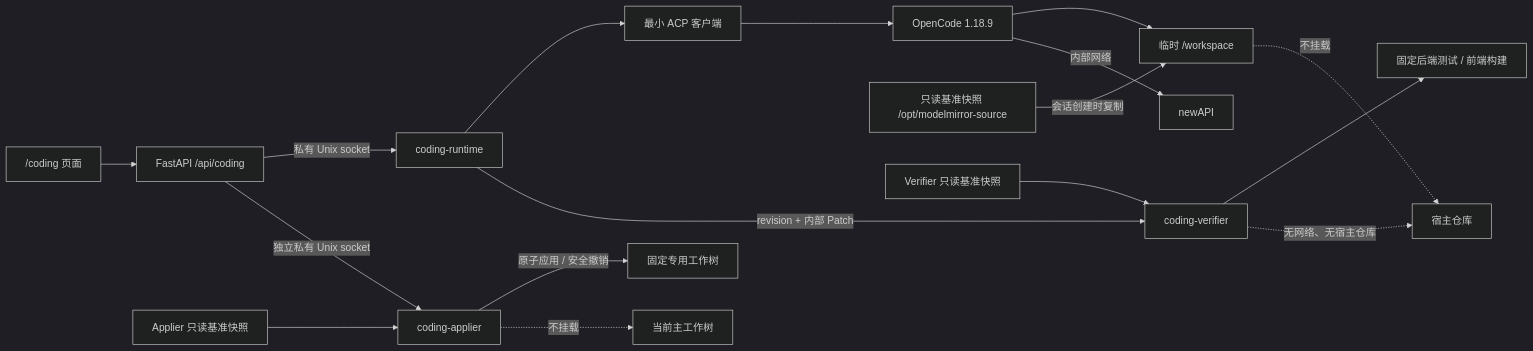
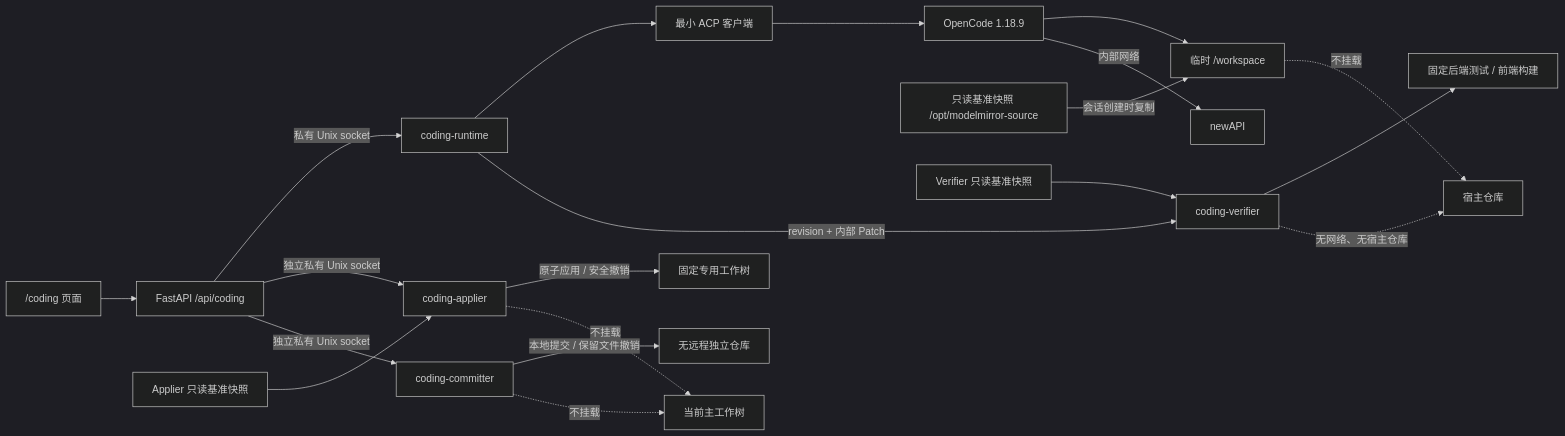
One commit to PinkElf-Elysia/ModelMirror changed the diagram in docs/CODING_AGENT_INTEGRATION.md. Above: the diagram before and after it, drawn with Mermaid (dark theme). The commit also changed other lines of this file and 4 other files, not shown here.

Commit message:
docs: 完成 Coding 本地提交 harness

````diff
--- a/docs/CODING_AGENT_INTEGRATION.md
+++ b/docs/CODING_AGENT_INTEGRATION.md
@@ -45,19 +51,22 @@
 ```mermaid
 flowchart LR
   UI["/coding 页面"] --> API["FastAPI /api/coding"]
   API -->|"私有 Unix socket"| WORKER["coding-runtime"]
   WORKER --> ACP["最小 ACP 客户端"]
   ACP --> OC["OpenCode 1.18.9"]
   SOURCE["只读基准快照 /opt/modelmirror-source"] -->|"会话创建时复制"| WORK["临时 /workspace"]
   OC --> WORK
   OC -->|"内部网络"| GW["newAPI"]
   WORKER -->|"revision + 内部 Patch"| VERIFY["coding-verifier"]
   SOURCE2["Verifier 只读基准快照"] --> VERIFY
   VERIFY --> CHECKS["固定后端测试 / 前端构建"]
   API -->|"独立私有 Unix socket"| APPLY["coding-applier"]
   SOURCE3["Applier 只读基准快照"] --> APPLY
   APPLY -->|"原子应用 / 安全撤销"| TARGET["固定专用工作树"]
+  API -->|"独立私有 Unix socket"| COMMIT["coding-committer"]
+  COMMIT -->|"本地提交 / 保留文件撤销"| REPO["无远程独立仓库"]
   VERIFY -. "无网络、无宿主仓库" .-> HOST["宿主仓库"]
   WORK -. "不挂载" .-> HOST["宿主仓库"]
   APPLY -. "不挂载" .-> CURRENT["当前主工作树"]
+  COMMIT -. "不挂载" .-> CURRENT
 ```
````
